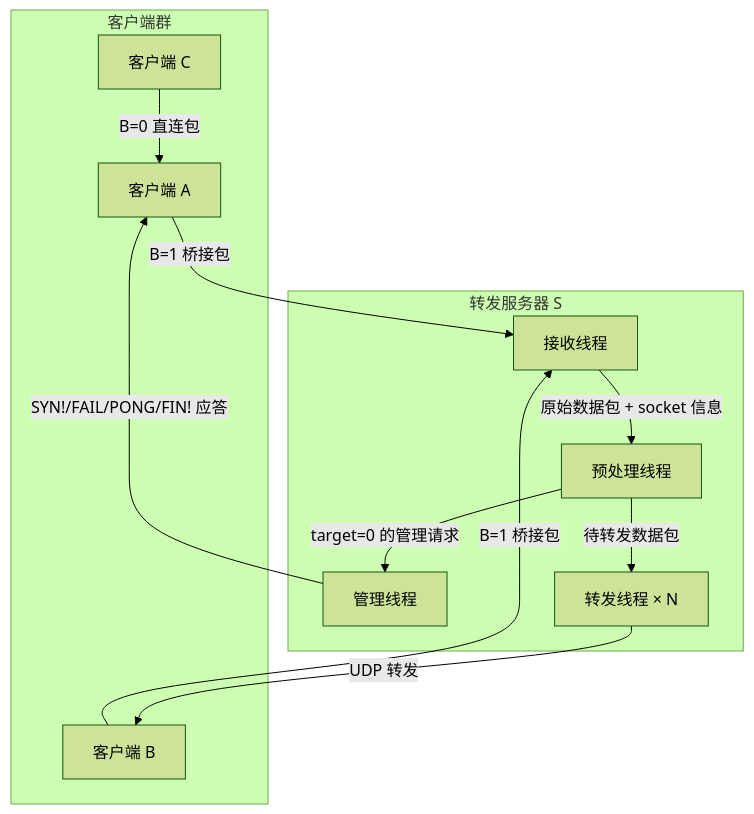
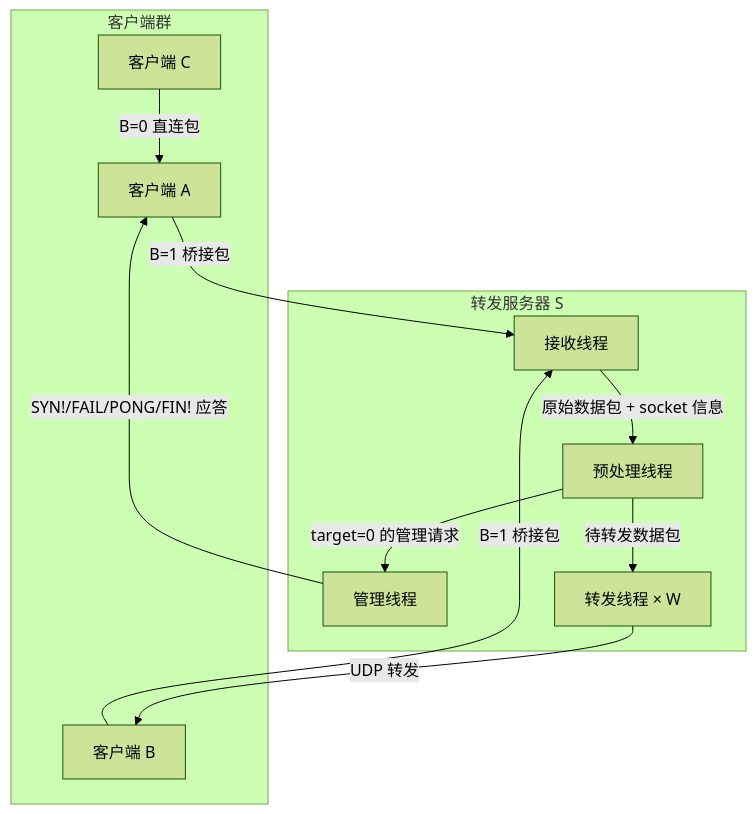
The first of 2 diagrams in docs/architecture.md (moky/magpie), drawn with Mermaid (forest theme) before and after one commit. The commit also changed other lines of this file and 5 other files, not shown here.

````diff
--- a/docs/architecture.md
+++ b/docs/architecture.md
@@ -7,24 +7,24 @@
 ```mermaid
 flowchart TD
     subgraph CL[客户端群]
         A1[客户端 A]
         A2[客户端 B]
         A3[客户端 C]
     end
 
     subgraph SRV[转发服务器 S]
         RX[接收线程]
         PRE[预处理线程]
         MGMT[管理线程]
-        FWD[转发线程 × N]
+        FWD[转发线程 × W]
     end
 
     A1 -- "B=1 桥接包" --> RX
     A2 -- "B=1 桥接包" --> RX
     A3 -- "B=0 直连包" --> A1
     RX -- "原始数据包 + socket 信息" --> PRE
     PRE -- "target=0 的管理请求" --> MGMT
     PRE -- "待转发数据包" --> FWD
     FWD -- "UDP 转发" --> A2
     MGMT -- "SYN!/FAIL/PONG/FIN! 应答" --> A1
 ```
````
